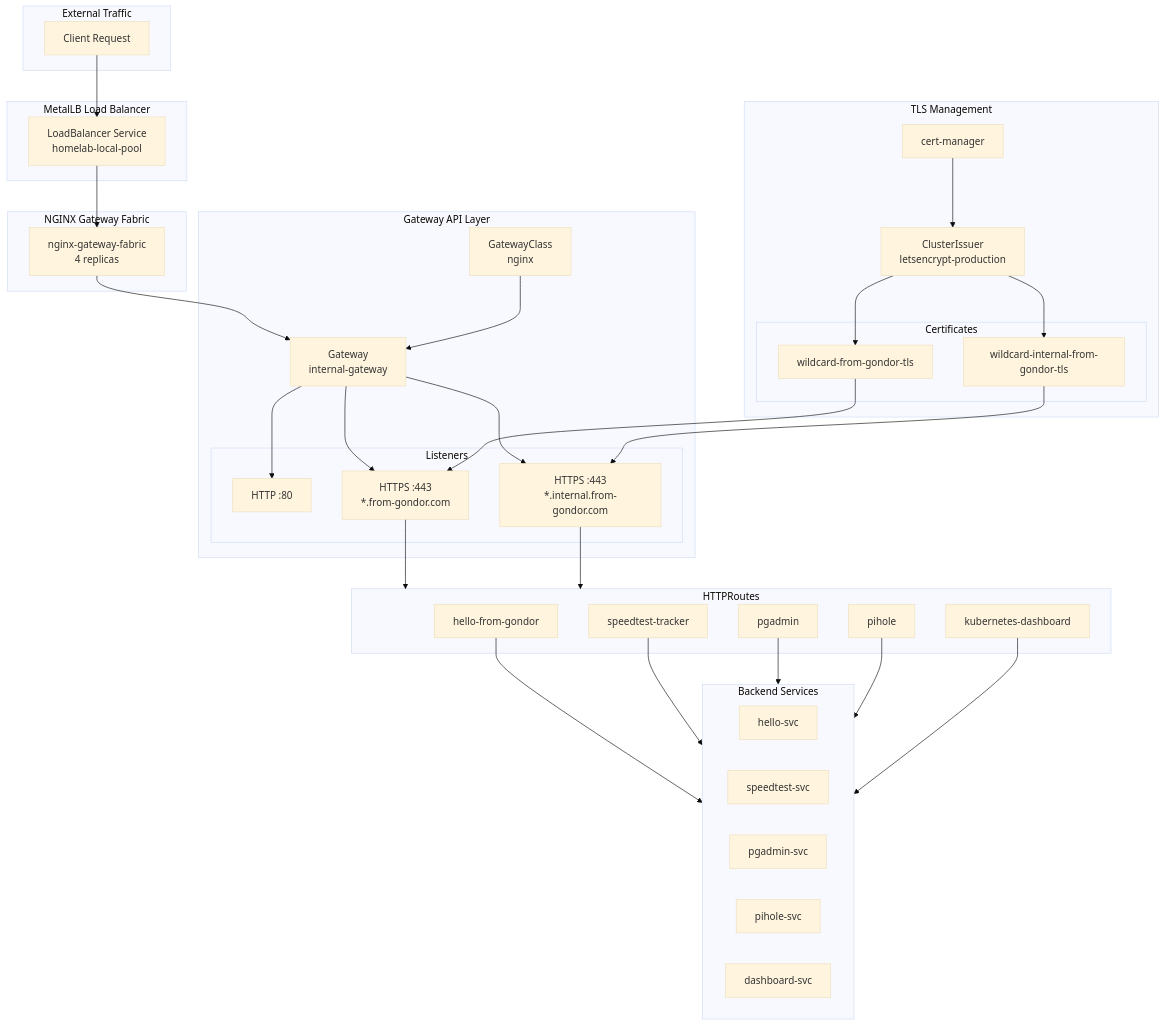
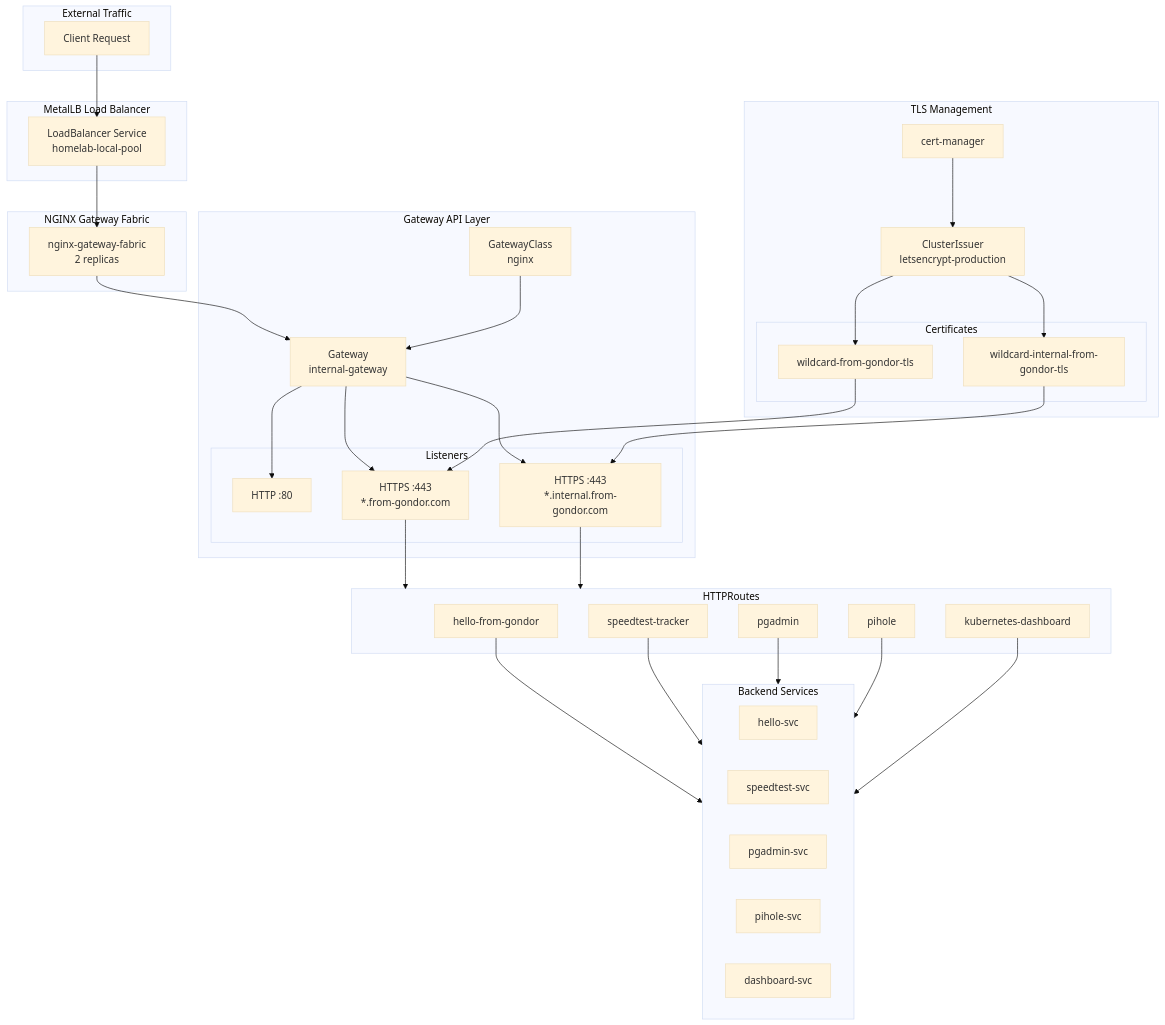
Before and after one commit to josimar-silva/homelab: the first of 3 diagrams in docs/adrs/2025-11-24-gateway-api-migration.md, drawn with Mermaid (base theme). The commit also changed 1 other file, not shown here.

````diff
--- a/docs/adrs/2025-11-24-gateway-api-migration.md
+++ b/docs/adrs/2025-11-24-gateway-api-migration.md
@@ -19,64 +19,64 @@
 ```mermaid
 flowchart TB
     subgraph External["External Traffic"]
         Client[Client Request]
     end
 
     subgraph MetalLB["MetalLB Load Balancer"]
         LB[LoadBalancer Service<br/>homelab-local-pool]
     end
 
     subgraph GatewayAPI["Gateway API Layer"]
         GC[GatewayClass<br/>nginx]
         GW[Gateway<br/>internal-gateway]
 
         subgraph Listeners["Listeners"]
             L1[HTTP :80]
             L2[HTTPS :443<br/>*.from-gondor.com]
             L3[HTTPS :443<br/>*.internal.from-gondor.com]
         end
     end
 
     subgraph Routes["HTTPRoutes"]
         HR1[hello-from-gondor]
         HR2[speedtest-tracker]
         HR3[pgadmin]
         HR4[pihole]
         HR5[kubernetes-dashboard]
     end
 
     subgraph Services["Backend Services"]
         S1[hello-svc]
         S2[speedtest-svc]
         S3[pgadmin-svc]
         S4[pihole-svc]
         S5[dashboard-svc]
     end
 
     subgraph TLS["TLS Management"]
         CM[cert-manager]
         CI[ClusterIssuer<br/>letsencrypt-production]
 
         subgraph Certs["Certificates"]
             C1[wildcard-from-gondor-tls]
             C2[wildcard-internal-from-gondor-tls]
         end
     end
 
     subgraph Controller["NGINX Gateway Fabric"]
-        NGF[nginx-gateway-fabric<br/>4 replicas]
+        NGF[nginx-gateway-fabric<br/>2 replicas]
     end
 
     Client --> LB
     LB --> NGF
     NGF --> GW
     GC --> GW
     GW --> L1 & L2 & L3
     L2 & L3 --> Routes
     HR1 & HR2 & HR3 & HR4 & HR5 --> Services
 
     CM --> CI
     CI --> C1 & C2
     C1 --> L2
     C2 --> L3
 ```
````
